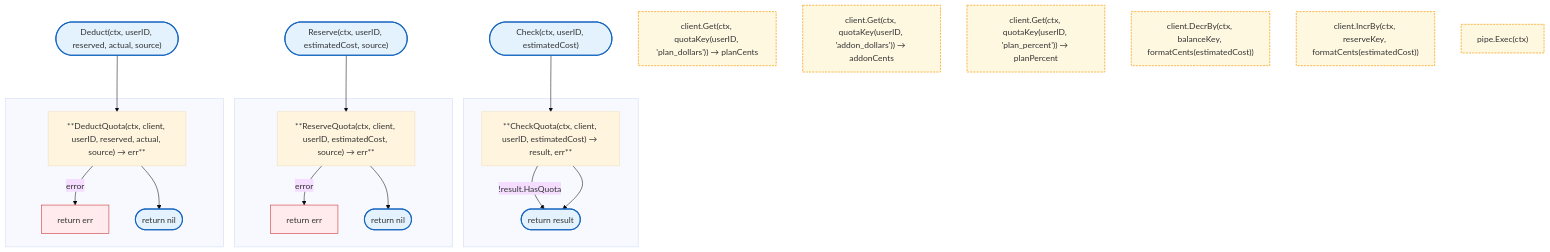
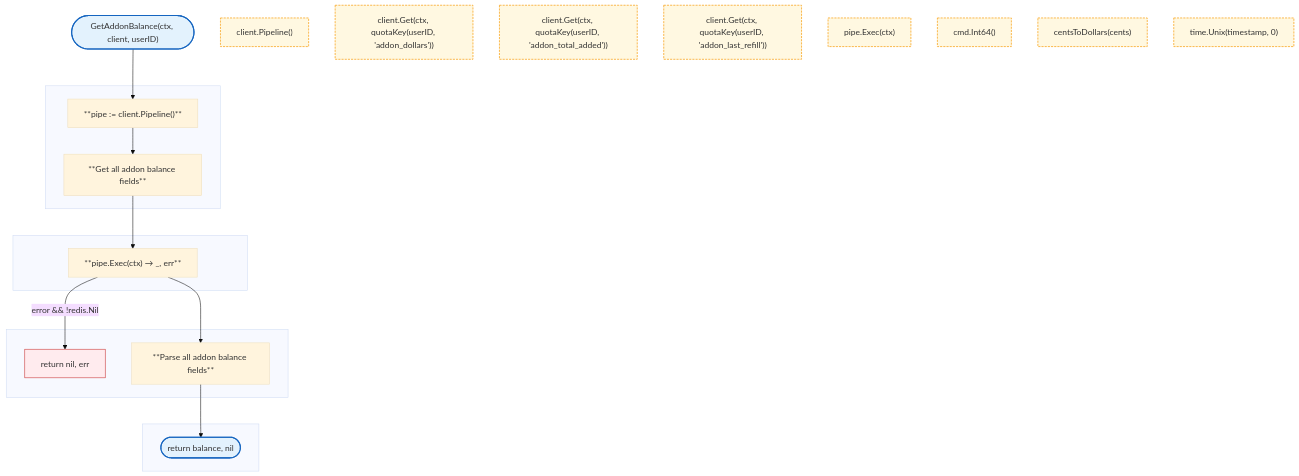
One commit to radch-ai/ava changed the seventh of 10 diagrams in docs/internal/llm-proxy/quota.md. Above: the diagram before and after it, drawn with Mermaid (base theme). The commit also changed other lines of this file and 23 other files, not shown here.

First line of the commit message:
docs: replace Functions sections with separate flowcharts for each function

````diff
--- a/docs/internal/llm-proxy/quota.md
+++ b/docs/internal/llm-proxy/quota.md
@@ -7,48 +328,50 @@
 ```mermaid
 flowchart TB
-    StartCheck(["Check(ctx, userID, estimatedCost)"]) --> HCheckQuota
+    Start(["GetAddonBalance(ctx, client, userID)"]) --> HPipeline
 
-    subgraph SGCheckQuota [" "]
-        HCheckQuota["**CheckQuota(ctx, client, userID, estimatedCost) → result, err**"]
-        HCheckQuota -->|!result.HasQuota| DoneCheck(["return result"])
-        HCheckQuota --> DoneCheck
+    subgraph SGPipeline [" "]
+        HPipeline["**pipe := client.Pipeline()**"]
+        HPipeline --> HGetAll
     end
 
-    StartReserve(["Reserve(ctx, userID, estimatedCost, source)"]) --> HReserveQuota
-
-    subgraph SGReserveQuota [" "]
-        HReserveQuota["**ReserveQuota(ctx, client, userID, estimatedCost, source) → err**"]
-        HReserveQuota -->|error| E1["return err"]
-        HReserveQuota --> DoneReserve(["return nil"])
+    subgraph SGGetAll [" "]
+        HGetAll["**Get all addon balance fields**"]
+        HGetAll --> HExec
     end
 
-    StartDeduct(["Deduct(ctx, userID, reserved, actual, source)"]) --> HDeductQuota
-
-    subgraph SGDeductQuota [" "]
-        HDeductQuota["**DeductQuota(ctx, client, userID, reserved, actual, source) → err**"]
-        HDeductQuota -->|error| E2["return err"]
-        HDeductQuota --> DoneDeduct(["return nil"])
+    subgraph SGExec [" "]
+        HExec["**pipe.Exec(ctx) → _, err**"]
+        HExec -->|error && !redis.Nil| E1["return nil, err"]
+        HExec --> HParseAll
     end
 
-    GetPlan["client.Get(ctx, quotaKey(userID, 'plan_dollars')) → planCents"]
-    GetAddon["client.Get(ctx, quotaKey(userID, 'addon_dollars')) → addonCents"]
-    GetPercent["client.Get(ctx, quotaKey(userID, 'plan_percent')) → planPercent"]
-    DecrBalance["client.DecrBy(ctx, balanceKey, formatCents(estimatedCost))"]
-    IncrReserve["client.IncrBy(ctx, reserveKey, formatCents(estimatedCost))"]
-    ExecPipe["pipe.Exec(ctx)"]
+    subgraph SGParseAll [" "]
+        HParseAll["**Parse all addon balance fields**"]
+        HParseAll --> Return(["return balance, nil"])
+    end
 
-    click GetPlan href "https://pkg.go.dev/github.com/redis/go-redis/v9#Client.Get"
-    click GetAddon href "https://pkg.go.dev/github.com/redis/go-redis/v9#Client.Get"
-    click GetPercent href "https://pkg.go.dev/github.com/redis/go-redis/v9#Client.Get"
-    click DecrBalance href "https://pkg.go.dev/github.com/redis/go-redis/v9#Client.DecrBy"
-    click IncrReserve href "https://pkg.go.dev/github.com/redis/go-redis/v9#Client.IncrBy"
-    click ExecPipe href "https://pkg.go.dev/github.com/redis/go-redis/v9#Pipeline.Exec"
+    Pipeline["client.Pipeline()"]
+    GetBalance["client.Get(ctx, quotaKey(userID, 'addon_dollars'))"]
+    GetTotal["client.Get(ctx, quotaKey(userID, 'addon_total_added'))"]
+    GetLast["client.Get(ctx, quotaKey(userID, 'addon_last_refill'))"]
+    Exec["pipe.Exec(ctx)"]
+    Int64["cmd.Int64()"]
+    CentsToDollars["centsToDollars(cents)"]
+    Unix["time.Unix(timestamp, 0)"]
+
+    click Pipeline href "https://pkg.go.dev/github.com/redis/go-redis/v9#Client.Pipeline"
+    click GetBalance href "https://pkg.go.dev/github.com/redis/go-redis/v9#Client.Get"
+    click GetTotal href "https://pkg.go.dev/github.com/redis/go-redis/v9#Client.Get"
+    click GetLast href "https://pkg.go.dev/github.com/redis/go-redis/v9#Client.Get"
+    click Exec href "https://pkg.go.dev/github.com/redis/go-redis/v9#Pipeline.Exec"
+    click Int64 href "https://pkg.go.dev/github.com/redis/go-redis/v9#Cmd.Int64"
+    click Unix href "https://pkg.go.dev/time#Unix"
 
     classDef mainFn fill:#e3f2fd,stroke:#1565c0,stroke-width:2px
     classDef localPkgs fill:#fff8e1,stroke:#f9a825,stroke-width:1.5px,stroke-dasharray:4 2
     classDef errorFlow fill:#ffebee,stroke:#c62828,stroke-width:1px
 
-    class StartCheck,DoneCheck,StartReserve,DoneReserve,StartDeduct,DoneDeduct mainFn
-    class GetPlan,GetAddon,GetPercent,DecrBalance,IncrReserve,ExecPipe localPkgs
-    class E1,E2 errorFlow
+    class Start,Return mainFn
+    class Pipeline,GetBalance,GetTotal,GetLast,Exec,Int64,CentsToDollars,Unix localPkgs
+    class E1 errorFlow
 ```
````
